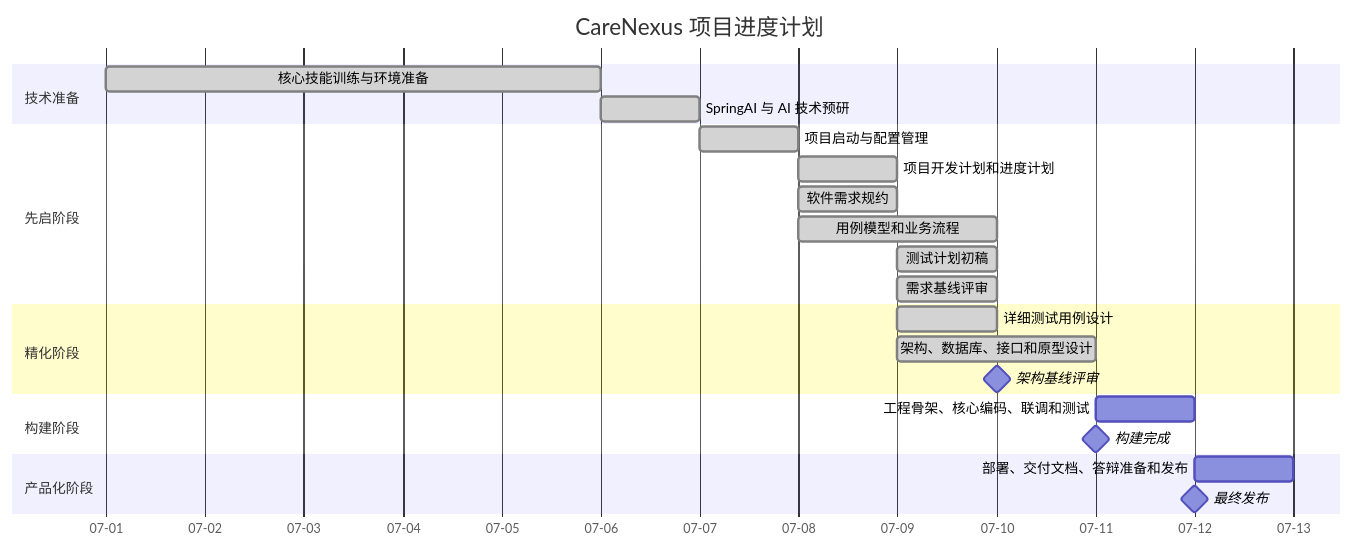
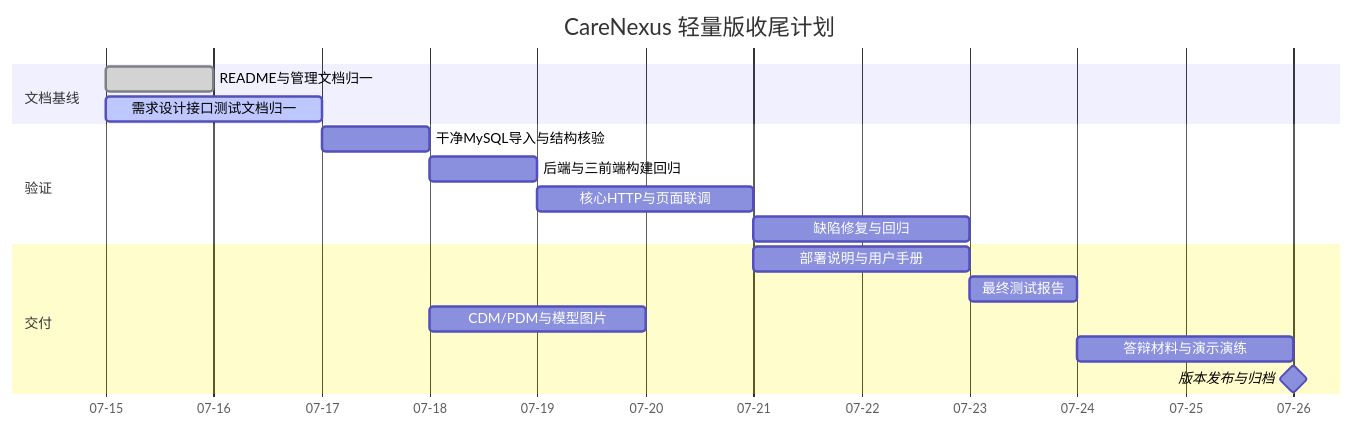
One commit to thesantaana/Care-Nexus changed the first of 2 diagrams in docs/plans/项目进度计划.md. Above: the diagram before and after it, drawn with Mermaid. The commit also changed other lines of this file, not shown here.

````diff
--- a/docs/plans/项目进度计划.md
+++ b/docs/plans/项目进度计划.md
@@ -138,31 +32,23 @@
 ```mermaid
 gantt
-    title CareNexus 项目进度计划
+    title CareNexus 轻量版收尾计划
     dateFormat  YYYY-MM-DD
     axisFormat  %m-%d
 
-    section 技术准备
-    核心技能训练与环境准备 :done, prep1, 2026-07-01, 5d
-    SpringAI 与 AI 技术预研 :done, prep2, 2026-07-06, 1d
+    section 文档基线
+    README与管理文档归一       :done, d1, 2026-07-15, 1d
+    需求设计接口测试文档归一   :active, d2, 2026-07-15, 2d
 
-    section 先启阶段
-    项目启动与配置管理 :done, inc1, 2026-07-07, 1d
-    项目开发计划和进度计划 :done, inc2, 2026-07-08, 1d
-    软件需求规约 :done, inc3, 2026-07-08, 1d
-    用例模型和业务流程 :done, inc4, 2026-07-08, 2d
-    测试计划初稿 :done, inc5, 2026-07-09, 1d
-    需求基线评审 :done, m1, 2026-07-09, 1d
+    section 验证
+    干净MySQL导入与结构核验    :v1, after d2, 1d
+    后端与三前端构建回归       :v2, after v1, 1d
+    核心HTTP与页面联调          :v3, after v2, 2d
+    缺陷修复与回归              :v4, after v3, 2d
 
-    section 精化阶段
-    详细测试用例设计 :done, ela-test, 2026-07-09, 1d
-    架构、数据库、接口和原型设计 :done, ela1, 2026-07-09, 2d
-    架构基线评审 :milestone, m2, 2026-07-10, 0d
-
-    section 构建阶段
-    工程骨架、核心编码、联调和测试 :con1, 2026-07-11, 1d
-    构建完成 :milestone, m3, 2026-07-11, 0d
-
-    section 产品化阶段
-    部署、交付文档、答辩准备和发布 :tra1, 2026-07-12, 1d
-    最终发布 :milestone, m4, 2026-07-12, 0d
+    section 交付
+    部署说明与用户手册          :g1, after v3, 2d
+    最终测试报告                :g2, after v4, 1d
+    CDM/PDM与模型图片           :g3, after v1, 2d
+    答辩材料与演示演练          :g4, after g2, 2d
+    版本发布与归档              :milestone, g5, after g4, 0d
 ```
````
